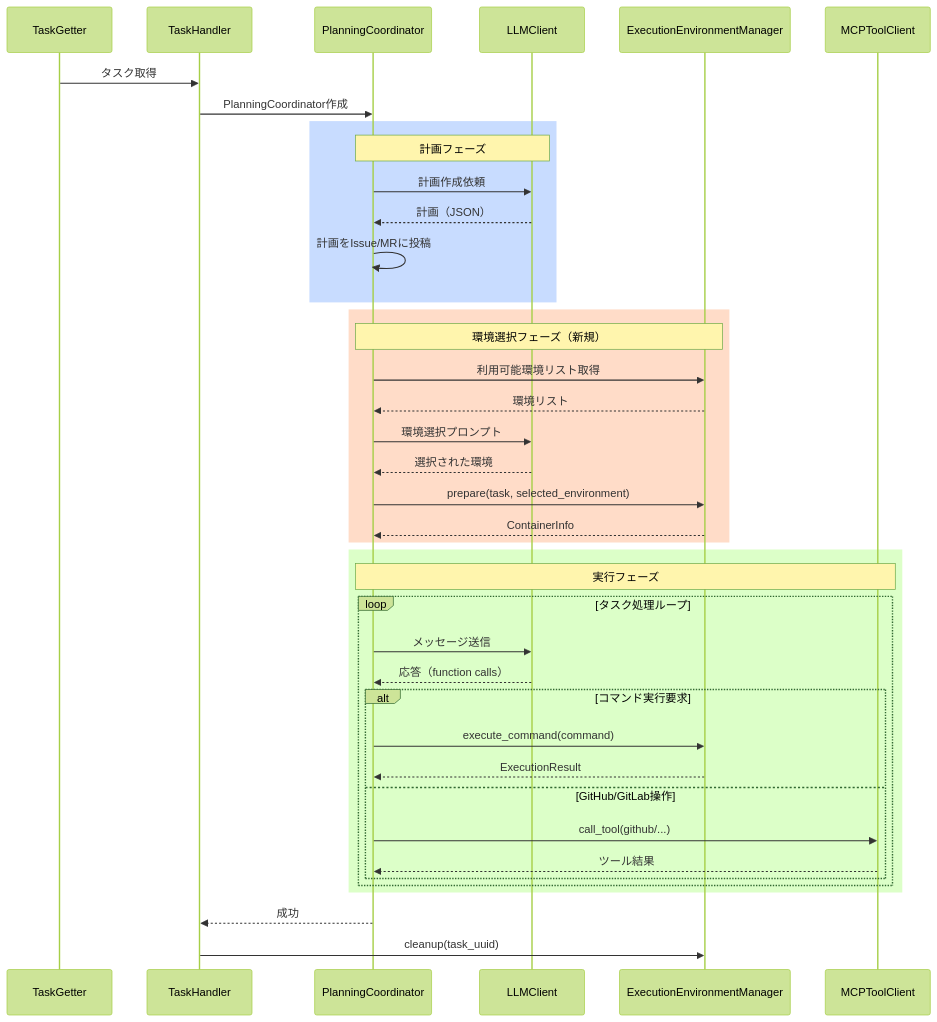
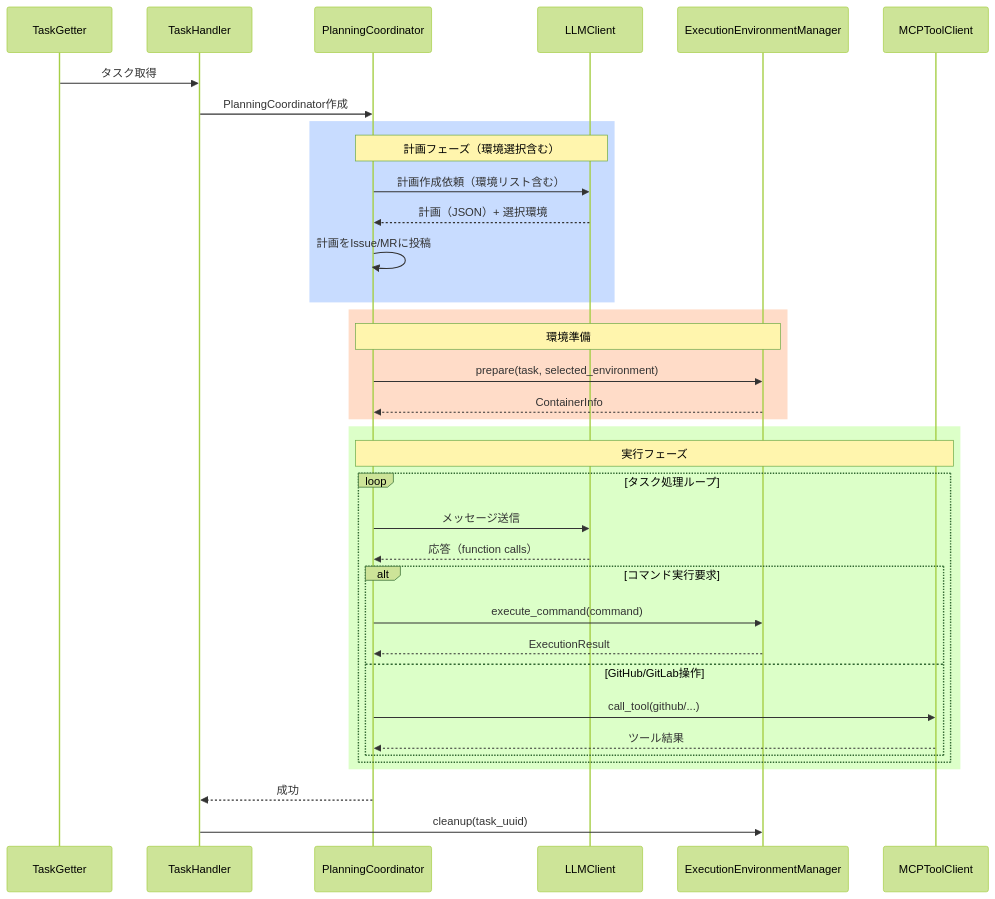
The second of 3 diagrams in docs/spec/MULTI_LANGUAGE_ENVIRONMENT_SPECIFICATION.md (notfolder/coding_agent), drawn with Mermaid (forest theme) before and after one commit. The commit also changed other lines of this file and 2 other files, not shown here.

````diff
--- a/docs/spec/MULTI_LANGUAGE_ENVIRONMENT_SPECIFICATION.md
+++ b/docs/spec/MULTI_LANGUAGE_ENVIRONMENT_SPECIFICATION.md
@@ -413,47 +367,43 @@
 ```mermaid
 sequenceDiagram
     participant TG as TaskGetter
     participant TH as TaskHandler
     participant PC as PlanningCoordinator
     participant LLM as LLMClient
     participant EM as ExecutionEnvironmentManager
     participant MCP as MCPToolClient
     
     TG->>TH: タスク取得
     TH->>PC: PlanningCoordinator作成
     
     rect rgb(200, 220, 255)
-        Note over PC,LLM: 計画フェーズ
-        PC->>LLM: 計画作成依頼
-        LLM-->>PC: 計画（JSON）
+        Note over PC,LLM: 計画フェーズ（環境選択含む）
+        PC->>LLM: 計画作成依頼（環境リスト含む）
+        LLM-->>PC: 計画（JSON）+ 選択環境
         PC->>PC: 計画をIssue/MRに投稿
     end
     
     rect rgb(255, 220, 200)
-        Note over PC,EM: 環境選択フェーズ（新規）
-        PC->>EM: 利用可能環境リスト取得
-        EM-->>PC: 環境リスト
-        PC->>LLM: 環境選択プロンプト
-        LLM-->>PC: 選択された環境
+        Note over PC,EM: 環境準備
         PC->>EM: prepare(task, selected_environment)
         EM-->>PC: ContainerInfo
     end
     
     rect rgb(220, 255, 200)
         Note over PC,MCP: 実行フェーズ
         loop タスク処理ループ
             PC->>LLM: メッセージ送信
             LLM-->>PC: 応答（function calls）
             alt コマンド実行要求
                 PC->>EM: execute_command(command)
                 EM-->>PC: ExecutionResult
             else GitHub/GitLab操作
                 PC->>MCP: call_tool(github/...)
                 MCP-->>PC: ツール結果
             end
         end
     end
     
     PC-->>TH: 成功
     TH->>EM: cleanup(task_uuid)
 ```
````
